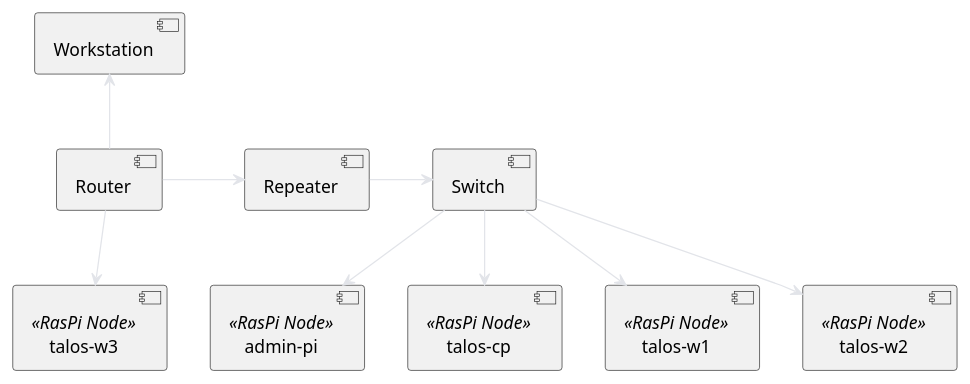
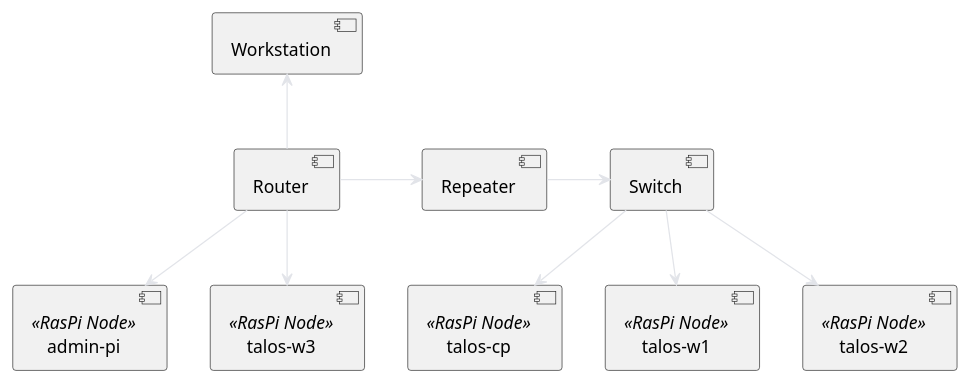
The diagram in docs/nodes/talos-cluster/index.md (sommerfeld-io/configs-homelab), drawn with PlantUML before and after one commit.

Commit message:
docs: admin-pi os connected to the router via wifi

````diff
--- a/docs/nodes/talos-cluster/index.md
+++ b/docs/nodes/talos-cluster/index.md
@@ -128,34 +128,34 @@
 ```kroki-plantuml
 @startuml
 
 skinparam linetype polyline
 skinparam backgroundColor transparent
 skinparam fontColor #E2E4E9
 skinparam arrowColor #E2E4E9
 
 skinparam activity {
     'FontName Ubuntu
     FontName Roboto
 }
 
 component ws as "Workstation"
 component Router
 component Repeater
 component Switch
-component pi_mgmt as "admin-pi" <<RasPi Node>>
+component adm as "admin-pi" <<RasPi Node>>
 component pi0 as "talos-cp" <<RasPi Node>>
 component pi1 as "talos-w1" <<RasPi Node>>
 component pi2 as "talos-w2" <<RasPi Node>>
 component pi3 as "talos-w3" <<RasPi Node>>
 
 ws <-down- Router
 Router -right-> Repeater
 Router -down-> pi3
+Router -down-> adm
 Repeater -right-> Switch
-Switch -down-> pi_mgmt
 Switch -down-> pi0
 Switch -down-> pi1
 Switch -down-> pi2
 
 @enduml
 ```
````
